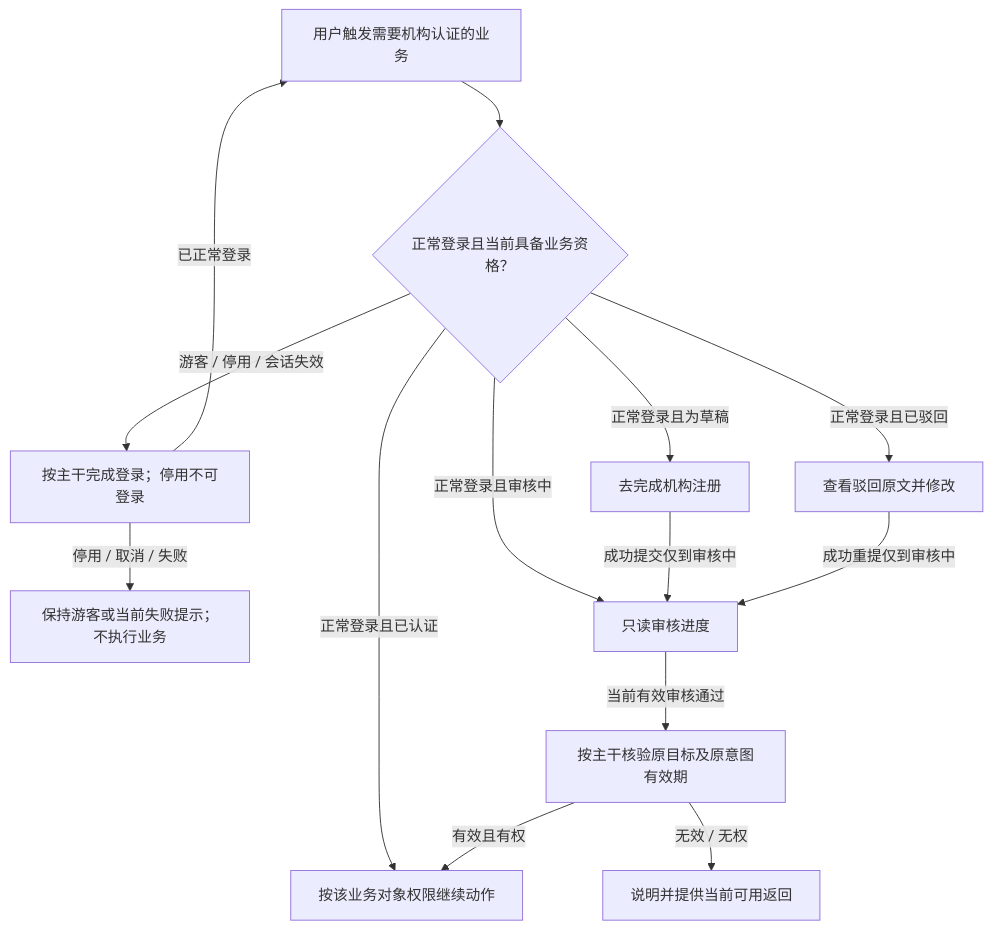
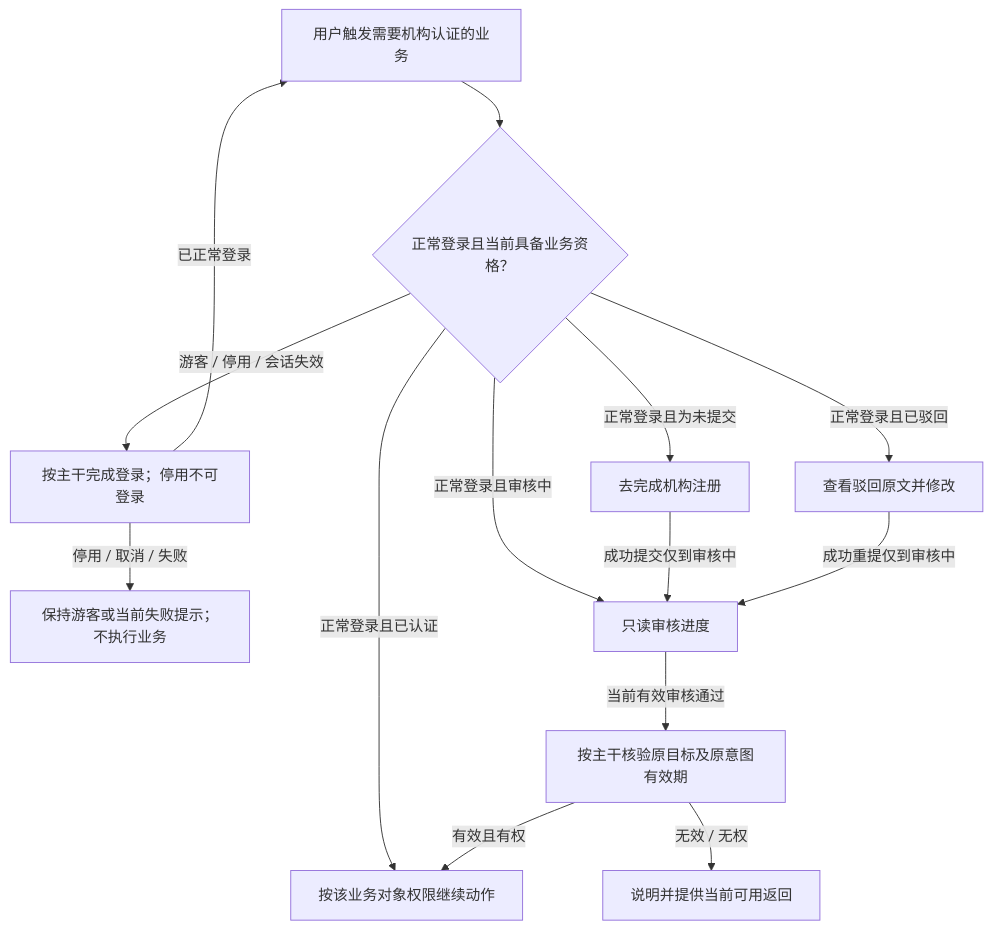
One commit to wxblockchain/Chain-Financing changed the fifth of 9 diagrams in lending-platform/PRD/v2.0-登录与账户体系/02-资金方登录与账户体系-流程图与状态机.md. Above: the diagram before and after it, drawn with Mermaid. The commit also changed other lines of this file and 5 other files, not shown here.

````diff
--- a/lending-platform/PRD/v2.0-登录与账户体系/02-资金方登录与账户体系-流程图与状态机.md
+++ b/lending-platform/PRD/v2.0-登录与账户体系/02-资金方登录与账户体系-流程图与状态机.md
@@ -132,16 +133,16 @@
 ```mermaid
 flowchart TD
     A[用户触发需要机构认证的业务] --> B{正常登录且当前具备业务资格？}
     B -->|游客 / 停用 / 会话失效| C[按主干完成登录；停用不可登录]
     C -->|已正常登录| A
     C -->|停用 / 取消 / 失败| X[保持游客或当前失败提示；不执行业务]
-    B -->|正常登录且为草稿| D[去完成机构注册]
+    B -->|正常登录且为未提交| D[去完成机构注册]
     B -->|正常登录且审核中| E[只读审核进度]
     B -->|正常登录且已驳回| F[查看驳回原文并修改]
     B -->|正常登录且已认证| G[按该业务对象权限继续动作]
     D -->|成功提交仅到审核中| E
     F -->|成功重提仅到审核中| E
     E -->|当前有效审核通过| H[按主干核验原目标及原意图有效期]
     H -->|有效且有权| G
     H -->|无效 / 无权| I[说明并提供当前可用返回]
 ```
````
